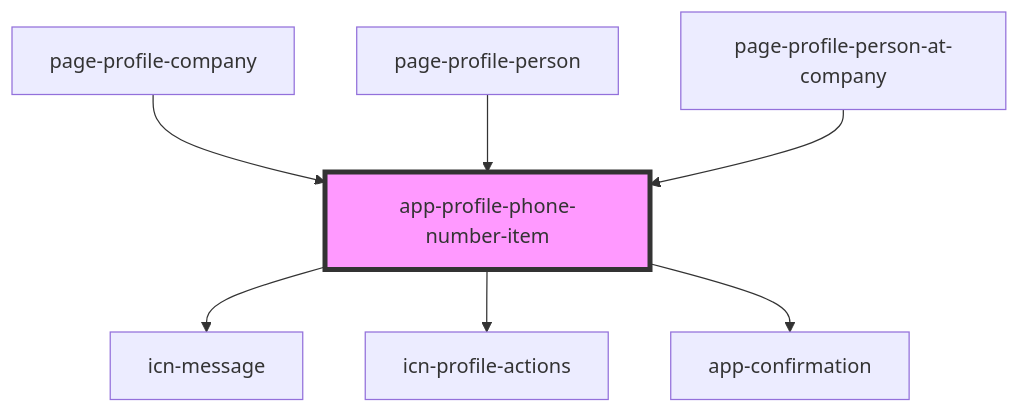
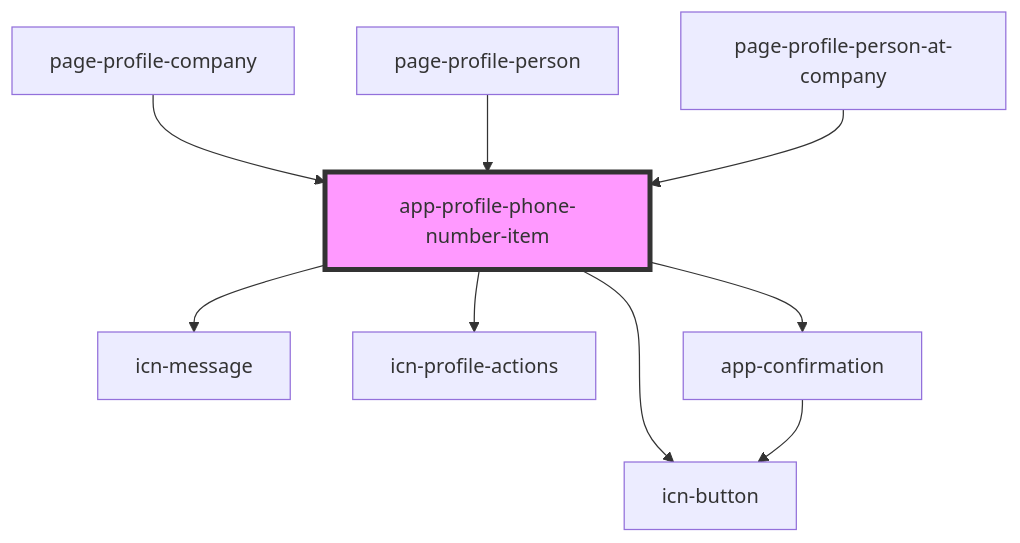
Before and after one commit to lokheed/IconEventNetwork.Web: the diagram in iconeventnetwork-web/src/components/app-profile-phone-number-item/readme.md, drawn with Mermaid. The commit also changed other lines of this file and 61 other files, not shown here.

First line of the commit message:
Created icn-button component

````diff
--- a/iconeventnetwork-web/src/components/app-profile-phone-number-item/readme.md
+++ b/iconeventnetwork-web/src/components/app-profile-phone-number-item/readme.md
@@ -42,10 +43,12 @@
 ```mermaid
 graph TD;
   app-profile-phone-number-item --> icn-message
   app-profile-phone-number-item --> icn-profile-actions
+  app-profile-phone-number-item --> icn-button
   app-profile-phone-number-item --> app-confirmation
+  app-confirmation --> icn-button
   page-profile-company --> app-profile-phone-number-item
   page-profile-person --> app-profile-phone-number-item
   page-profile-person-at-company --> app-profile-phone-number-item
   style app-profile-phone-number-item fill:#f9f,stroke:#333,stroke-width:4px
 ```
````
